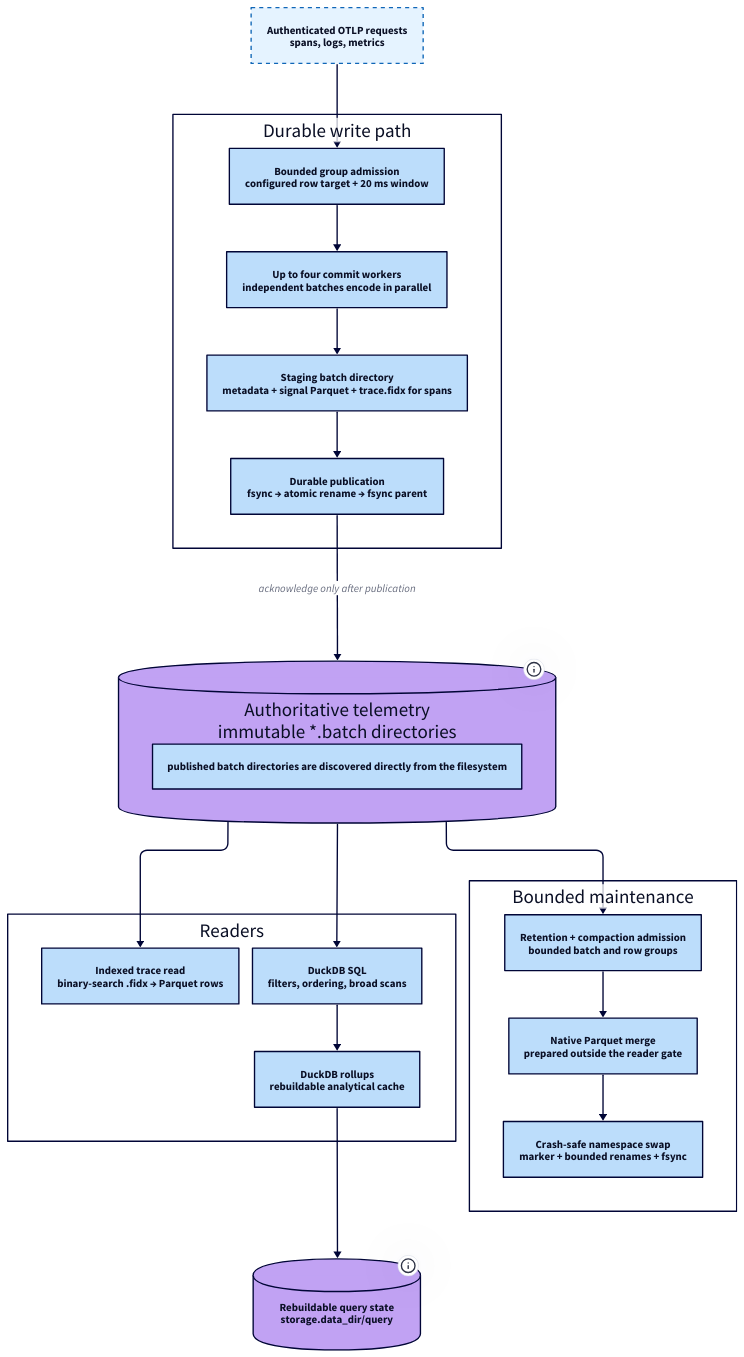
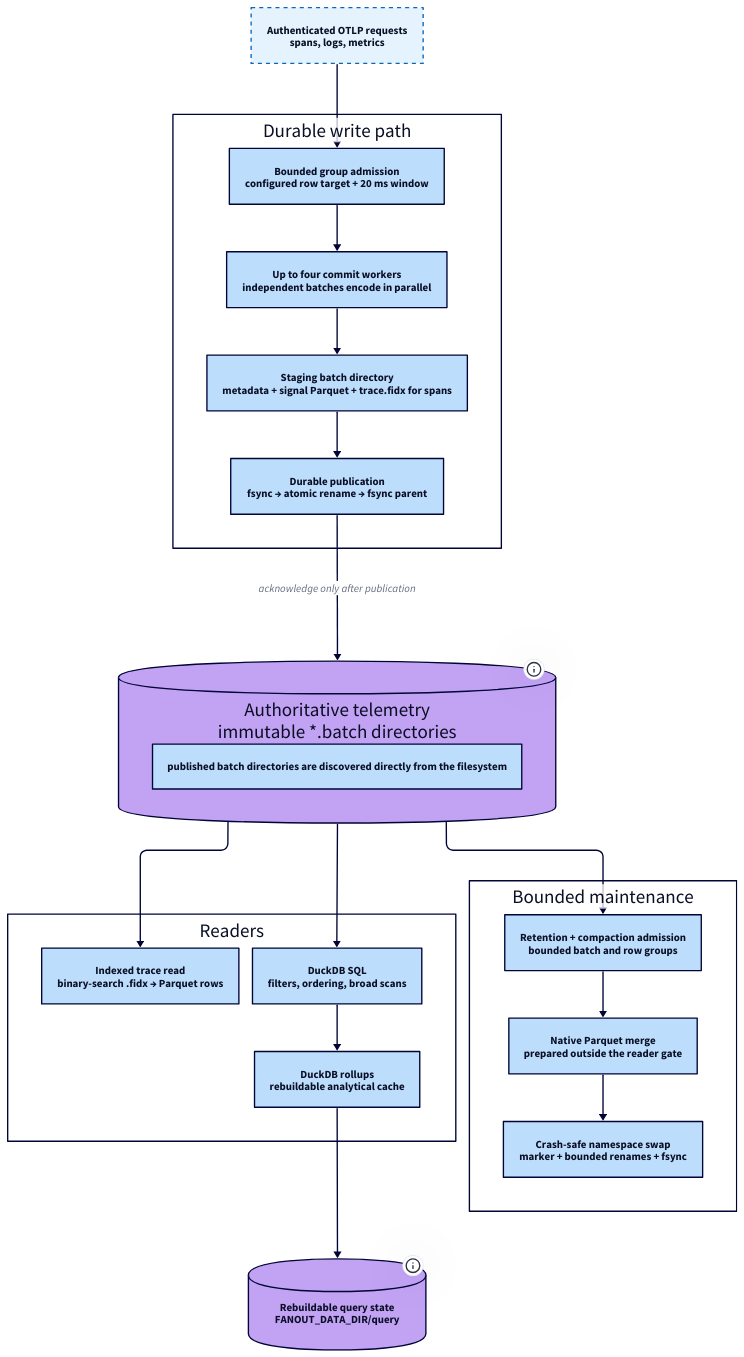
One commit to labstack/fanout changed the diagram in docs/diagrams/persistence.d2. Above: the diagram before and after it, drawn with D2. The commit also changed 57 other files, not shown here.

```diff
--- a/docs/diagrams/persistence.d2
+++ b/docs/diagrams/persistence.d2
@@ -1,63 +1,63 @@
 # How telemetry becomes durable, queryable, and compacted.
 # Render with `just diagrams`; commit the generated SVG beside this file.
 
 direction: down
 
 vars: {
   d2-config: {
     layout-engine: elk
     theme-id: 5
   }
 }
 
 ingest: "Authenticated OTLP requests\nspans, logs, metrics" {
   shape: rectangle
   style.stroke-dash: 3
 }
 
 writers: "Durable write path" {
   style.fill: transparent
   admission: "Bounded group admission\nconfigured row target + 20 ms window" {shape: rectangle}
   workers: "Up to four commit workers\nindependent batches encode in parallel" {shape: rectangle}
   stage: "Staging batch directory\nmetadata + signal Parquet + trace.fidx for spans" {shape: rectangle}
   publish: "Durable publication\nfsync → atomic rename → fsync parent" {shape: rectangle}
 
   admission -> workers
   workers -> stage
   stage -> publish
 }
 
 authority: "Authoritative telemetry\nimmutable *.batch directories" {
   shape: cylinder
   tooltip: Ordinary Parquet files are authoritative; published batch directories are discovered directly from the filesystem.
 }
 
 readers: Readers {
   style.fill: transparent
   trace: "Indexed trace read\nbinary-search .fidx → Parquet rows" {shape: rectangle}
   sql: "DuckDB SQL\nfilters, ordering, broad scans" {shape: rectangle}
   rollups: "DuckDB rollups\nrebuildable analytical cache" {shape: rectangle}
 }
 
 maintenance: "Bounded maintenance" {
   style.fill: transparent
   choose: "Retention + compaction admission\nbounded batch and row groups" {shape: rectangle}
   merge: "Native Parquet merge\nprepared outside the reader gate" {shape: rectangle}
   swap: "Crash-safe namespace swap\nmarker + bounded renames + fsync" {shape: rectangle}
 
   choose -> merge
   merge -> swap
 }
 
-querystate: "Rebuildable query state\nstorage.data_dir/query" {
+querystate: "Rebuildable query state\nFANOUT_DATA_DIR/query" {
   shape: cylinder
   tooltip: DuckDB rollups and temporary spill. Not authoritative telemetry.
 }
 
 ingest -> writers.admission
 writers.publish -> authority: "acknowledge only after publication"
 authority -> readers.trace
 authority -> readers.sql
 readers.sql -> readers.rollups
 readers.rollups -> querystate
 authority -> maintenance.choose
```
